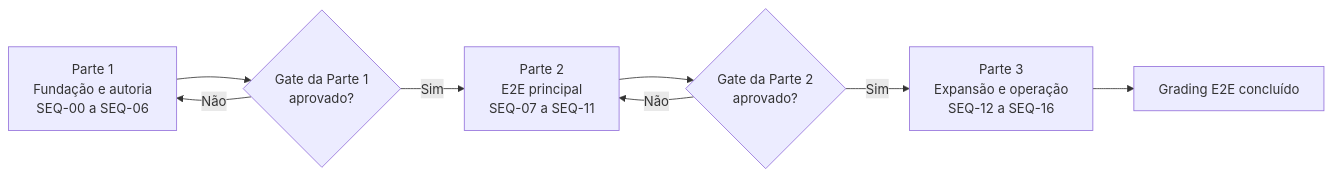
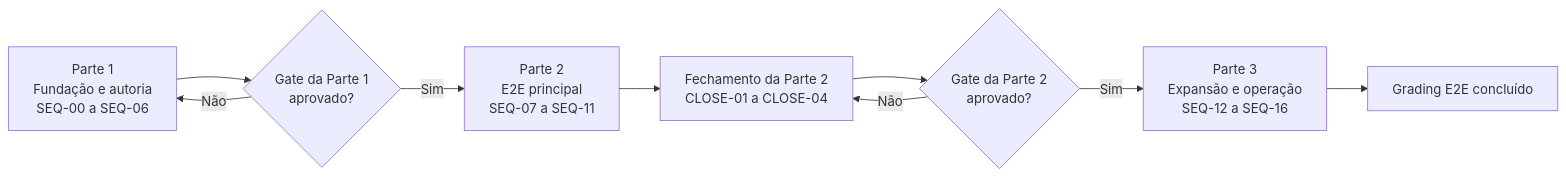
The diagram in docs/plans/quiz-grading-end-to-end/08-implementation-sequence.md (gameguild-gg/gameguild), drawn with Mermaid before and after one commit. The commit also changed other lines of this file and 4 other files, not shown here.

````diff
--- a/docs/plans/quiz-grading-end-to-end/08-implementation-sequence.md
+++ b/docs/plans/quiz-grading-end-to-end/08-implementation-sequence.md
@@ -29,17 +31,19 @@
 ```mermaid
 flowchart LR
     P1["Parte 1<br/>Fundação e autoria<br/>SEQ-00 a SEQ-06"]
     G1{"Gate da Parte 1<br/>aprovado?"}
     P2["Parte 2<br/>E2E principal<br/>SEQ-07 a SEQ-11"]
+    C2["Fechamento da Parte 2<br/>CLOSE-01 a CLOSE-04"]
     G2{"Gate da Parte 2<br/>aprovado?"}
     P3["Parte 3<br/>Expansão e operação<br/>SEQ-12 a SEQ-16"]
     DONE["Grading E2E concluído"]
 
     P1 --> G1
     G1 -->|Não| P1
     G1 -->|Sim| P2
-    P2 --> G2
-    G2 -->|Não| P2
+    P2 --> C2
+    C2 --> G2
+    G2 -->|Não| C2
     G2 -->|Sim| P3
     P3 --> DONE
 ```
````
